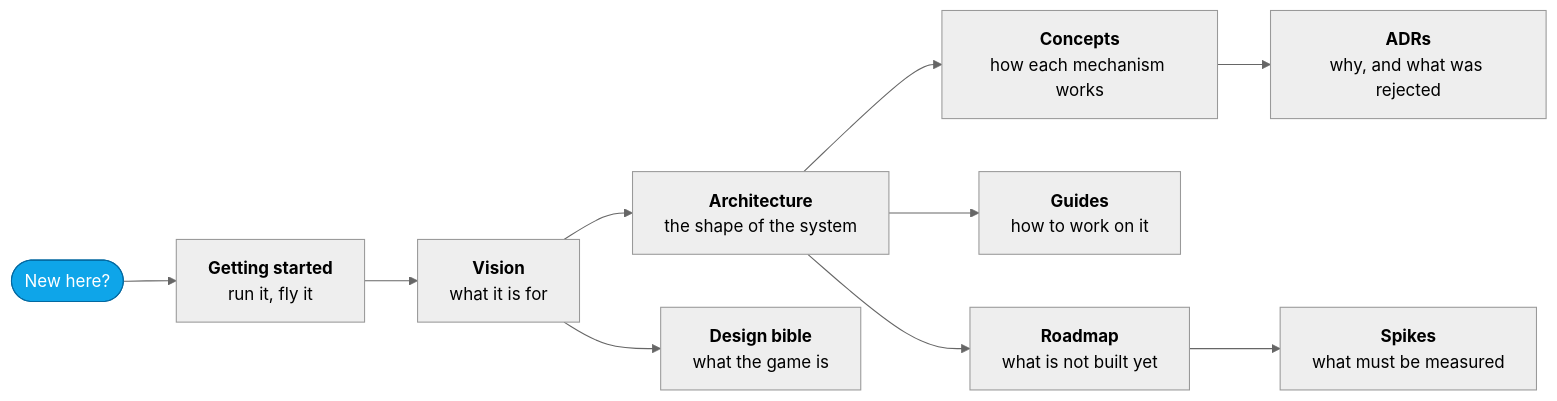
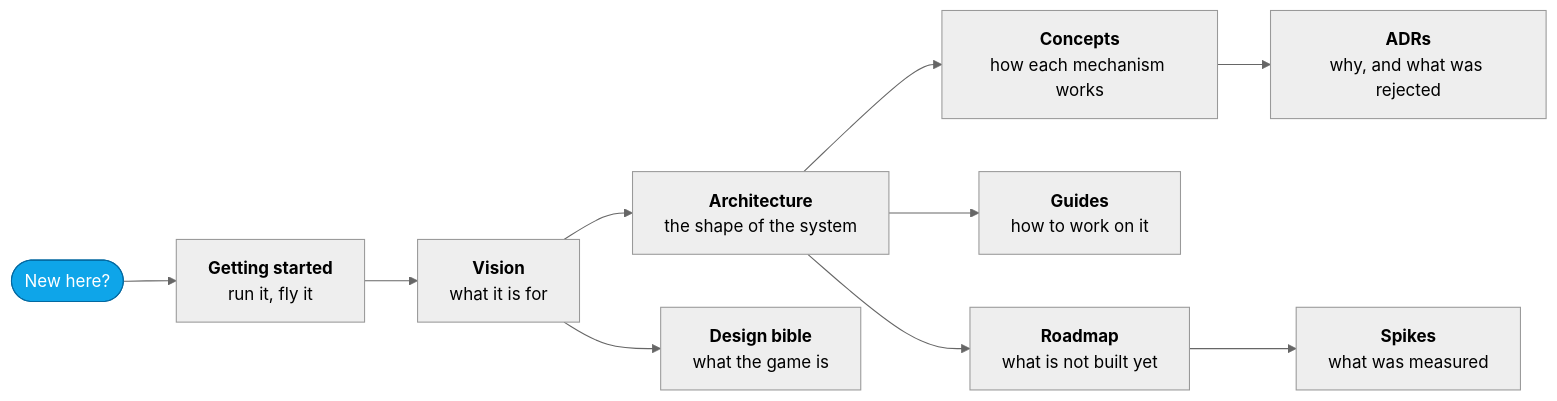
One commit to jonjaques/inertialref changed the first of 2 diagrams in docs/README.md. Above: the diagram before and after it, drawn with Mermaid (neutral theme). The commit also changed other lines of this file and 19 other files, not shown here.

````diff
--- a/docs/README.md
+++ b/docs/README.md
@@ -10,15 +10,15 @@
 ```mermaid
 flowchart LR
     START([New here?]) --> GS["<b>Getting started</b><br/>run it, fly it"]
     GS --> VIS["<b>Vision</b><br/>what it is for"]
     VIS --> ARCH["<b>Architecture</b><br/>the shape of the system"]
     ARCH --> CONCEPTS["<b>Concepts</b><br/>how each mechanism works"]
     CONCEPTS --> ADR["<b>ADRs</b><br/>why, and what was rejected"]
     ARCH --> GUIDES["<b>Guides</b><br/>how to work on it"]
     ARCH --> ROADMAP["<b>Roadmap</b><br/>what is not built yet"]
-    ROADMAP --> SPIKES["<b>Spikes</b><br/>what must be measured"]
+    ROADMAP --> SPIKES["<b>Spikes</b><br/>what was measured"]
     VIS --> DESIGN["<b>Design bible</b><br/>what the game is"]
 
     classDef entry fill:#0ea5e9,stroke:#0369a1,color:#fff
     class START entry
 ```
````
